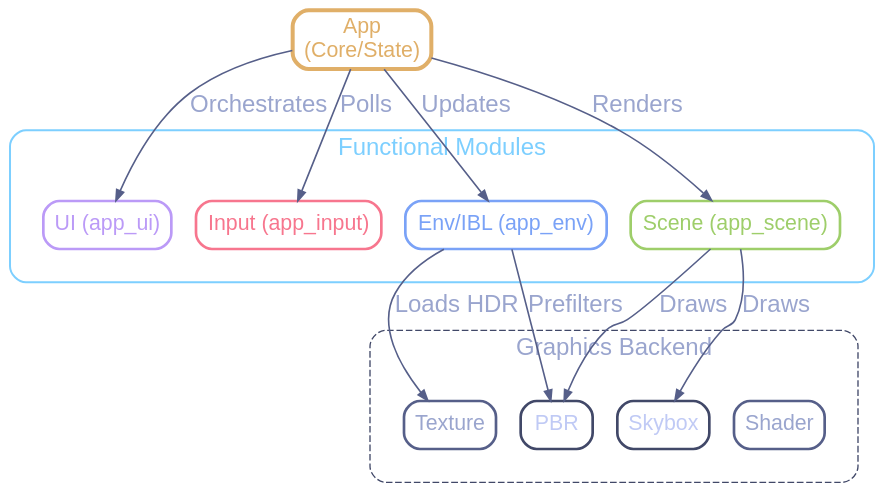
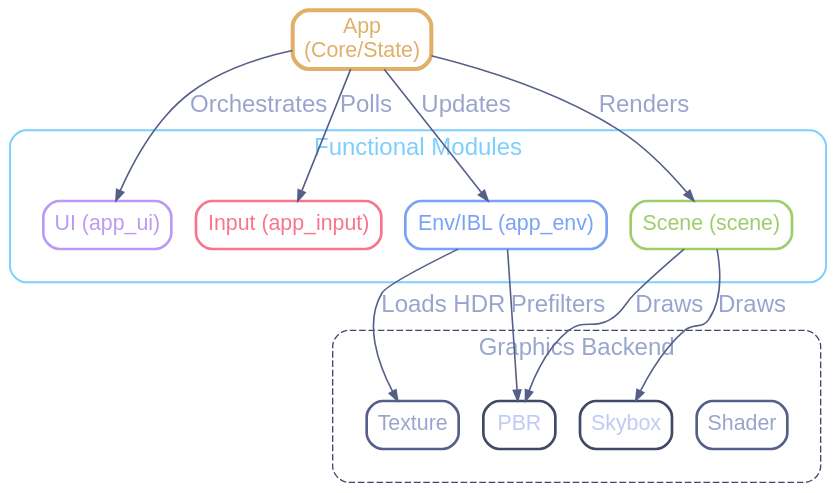
Before and after one commit to yoyonel/suckless-ogl: the diagram in docs/architecture.md, drawn with Graphviz. The commit also changed other lines of this file and 4 other files, not shown here.

Commit message:
docs: update project documentation for new architecture and safety utilities

````diff
--- a/docs/architecture.md
+++ b/docs/architecture.md
@@ -22,71 +21,71 @@
 ```graphviz
 digraph Architecture {
   bgcolor="transparent";
   compound=true;
   dpi=72;
 
   // Suckless-Modern "Ghost" Design Tokens (Upscaled)
   node [
     shape=rect,
     style="rounded",
     fontname="Helvetica,Arial,sans-serif",
     fontsize=16,
     fillcolor="none",
     color="#414868",
     fontcolor="#c0caf5",
     penwidth=2
   ];
 
   edge [
     color="#565f89",
     fontname="Helvetica,Arial,sans-serif",
     fontsize=18,
     fontcolor="#9aa5ce",
     arrowsize=0.8,
     penwidth=1.2
   ];
 
   App [label="App\n(Core/State)", color="#e0af68", fontcolor="#e0af68", penwidth=3];
 
   subgraph cluster_modules {
     label="Functional Modules";
     fontname="Helvetica Bold,Arial,sans-serif";
     fontsize=18;
     fontcolor="#7dcfff";
     style="rounded";
     color="#7dcfff";
     penwidth=1.5;
     margin=25;
 
     AppUI [label="UI (app_ui)", color="#bb9af7", fontcolor="#bb9af7"];
     AppInput [label="Input (app_input)", color="#f7768e", fontcolor="#f7768e"];
     AppEnv [label="Env/IBL (app_env)", color="#7aa2f7", fontcolor="#7aa2f7"];
-    AppScene [label="Scene (app_scene)", color="#9ece6a", fontcolor="#9ece6a"];
+    AppScene [label="Scene (scene)", color="#9ece6a", fontcolor="#9ece6a"];
   }
 
   subgraph cluster_backend {
     label="Graphics Backend";
     fontname="Helvetica Bold,Arial,sans-serif";
     fontsize=18;
     fontcolor="#9aa5ce";
     style="rounded,dashed";
     color="#414868";
     margin=25;
 
     Shader [color="#565f89", fontcolor="#9aa5ce"];
     Texture [color="#565f89", fontcolor="#9aa5ce"];
     PBR [color="#414868", fontcolor="#c0caf5"];
     Skybox [color="#414868", fontcolor="#c0caf5"];
   }
 
   App -> AppUI [label="Orchestrates"];
   App -> AppInput [label="Polls"];
   App -> AppEnv [label="Updates"];
   App -> AppScene [label="Renders"];
 
   AppEnv -> PBR [label="Prefilters"];
   AppEnv -> Texture [label="Loads HDR"];
   AppScene -> PBR [label="Draws"];
   AppScene -> Skybox [label="Draws"];
 }
 ```
````
